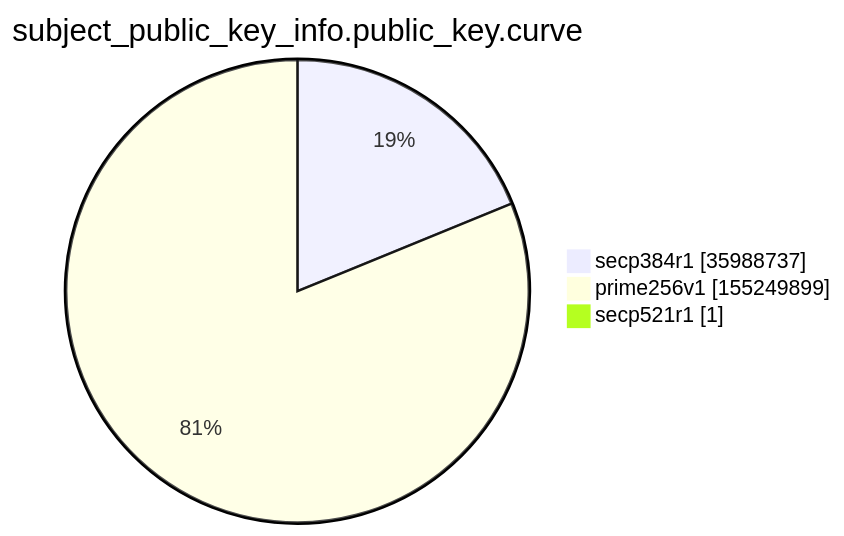
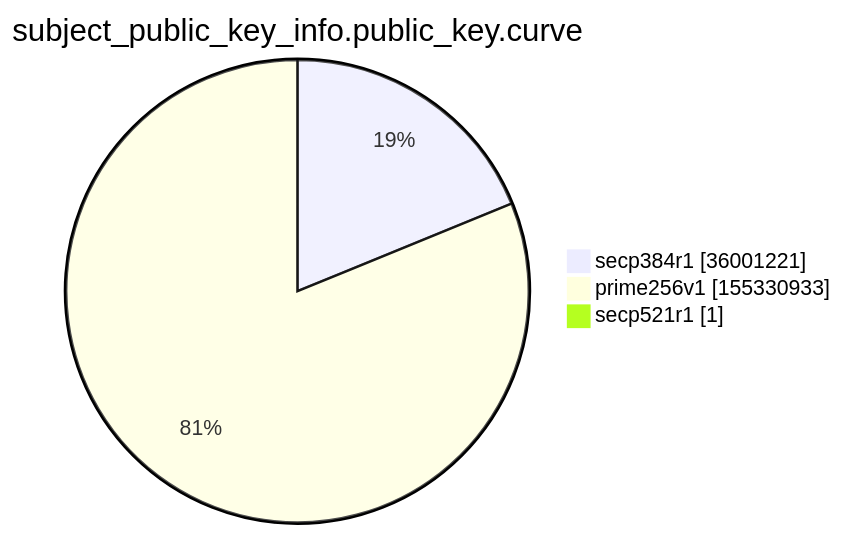
The ninth of 15 diagrams in argon2022/README.md (christiankrug/ctmonitor_visualization), drawn with Mermaid before and after one commit. The commit also changed other lines of this file, not shown here.

````diff
--- a/argon2022/README.md
+++ b/argon2022/README.md
@@ -2766,7 +2766,7 @@
 ```mermaid
 pie showData
 title subject_public_key_info.public_key.curve
-"secp384r1" :35988737
-"prime256v1" :155249899
+"secp384r1" :36001221
+"prime256v1" :155330933
 "secp521r1" :1
 ```
````
